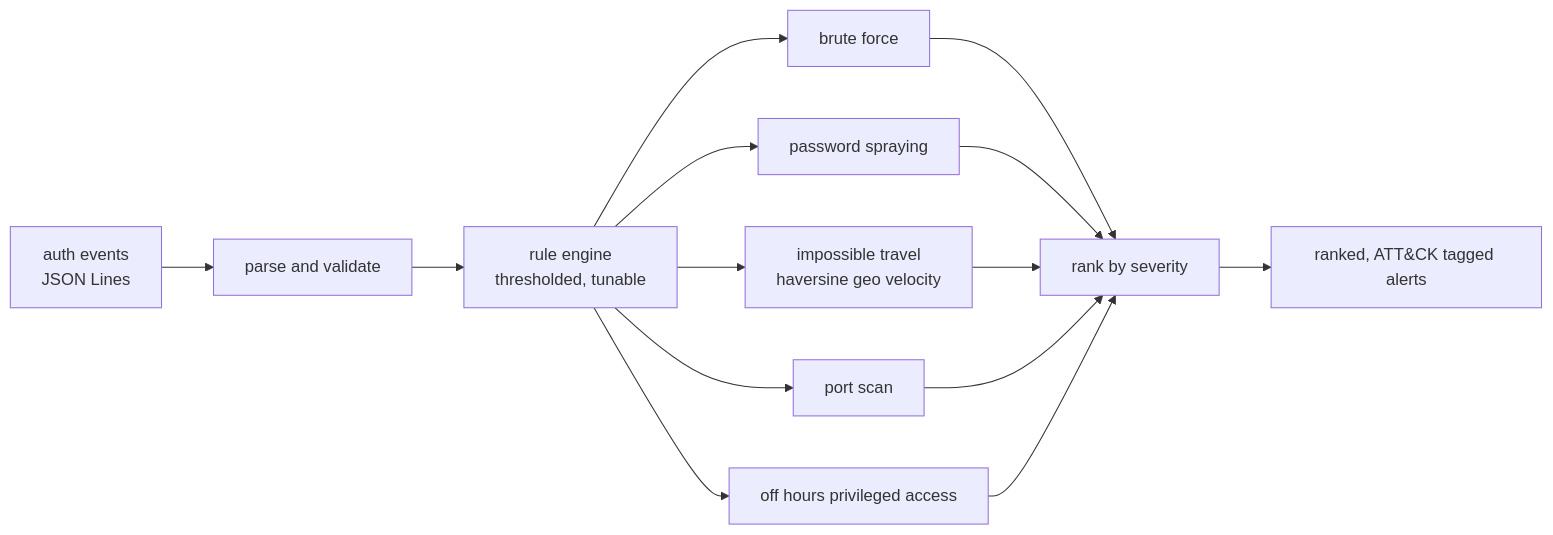
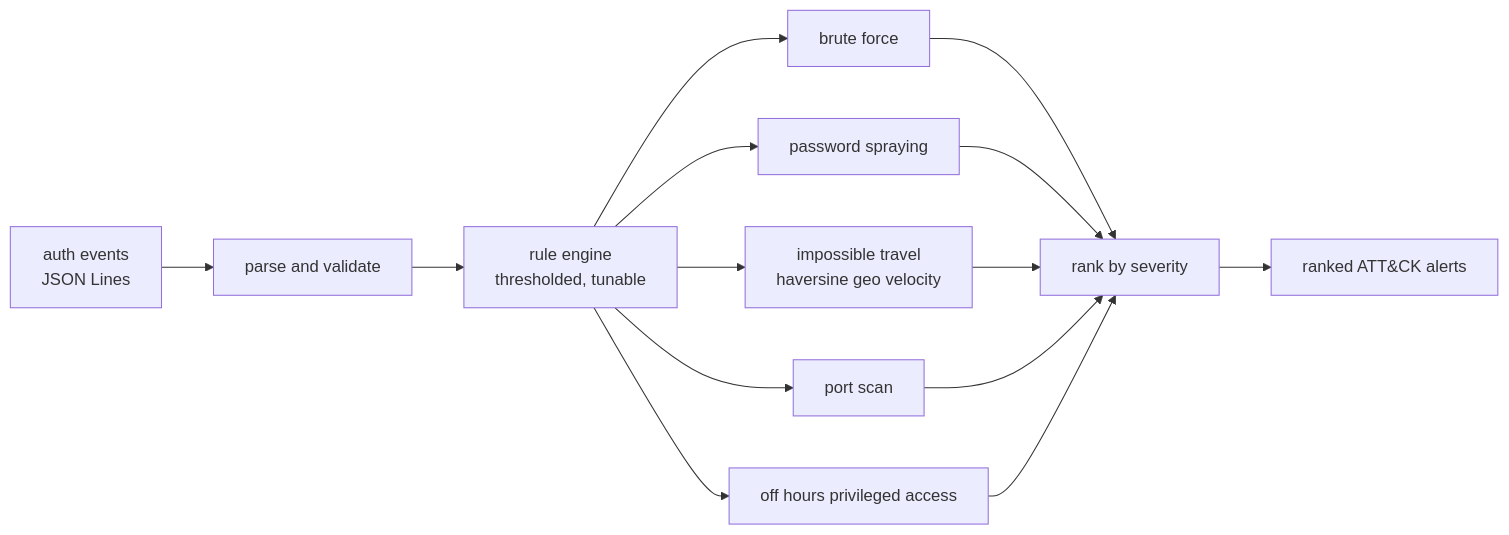
Before and after one commit to ryanwien/Portfolio2026: the diagram in security-log-analyzer/README.md, drawn with Mermaid. The commit also changed 1 other file, not shown here.

Commit message:
Stop the last two diagrams running off the page
The order book flow was clipping "best price first" and the cancel node.
Top down fixes it. Shortened the analyzer's final label, which was losing
its last few characters at the right edge.

````diff
--- a/security-log-analyzer/README.md
+++ b/security-log-analyzer/README.md
@@ -22,16 +22,16 @@
 ```mermaid
 flowchart LR
   L["auth events<br>JSON Lines"] --> P["parse and validate"]
   P --> R["rule engine<br>thresholded, tunable"]
   R --> R1["brute force"]
   R --> R2["password spraying"]
   R --> R3["impossible travel<br>haversine geo velocity"]
   R --> R4["port scan"]
   R --> R5["off hours privileged access"]
   R1 --> RANK["rank by severity"]
   R2 --> RANK
   R3 --> RANK
   R4 --> RANK
   R5 --> RANK
-  RANK --> OUT["ranked, ATT&CK tagged alerts"]
+  RANK --> OUT["ranked ATT&CK alerts"]
 ```
````
